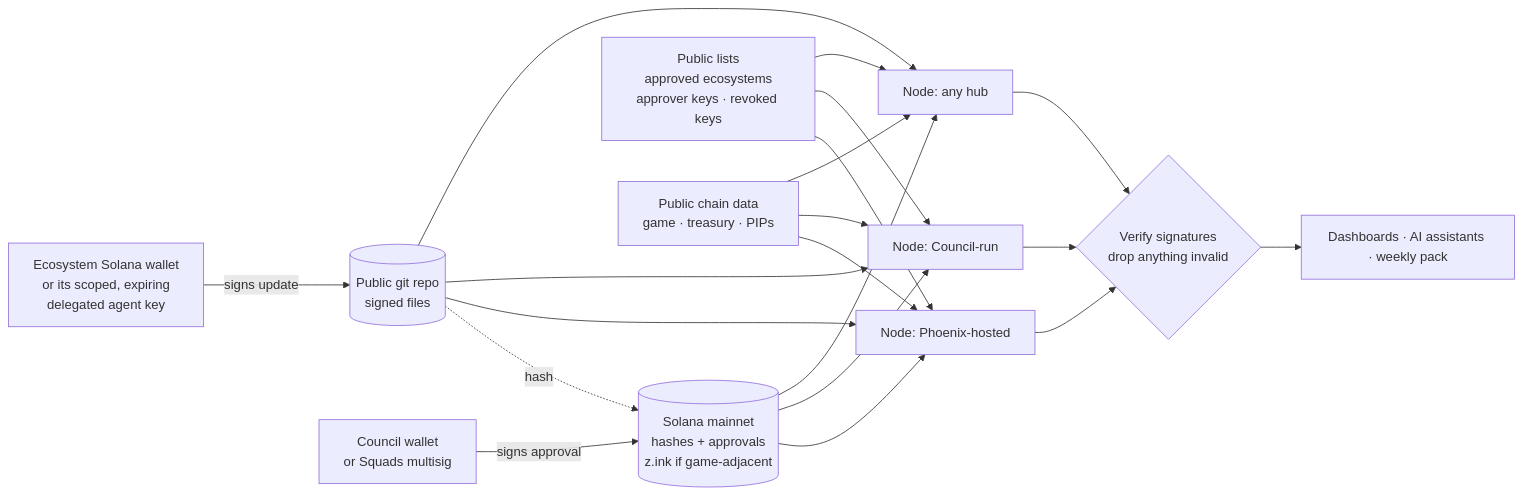
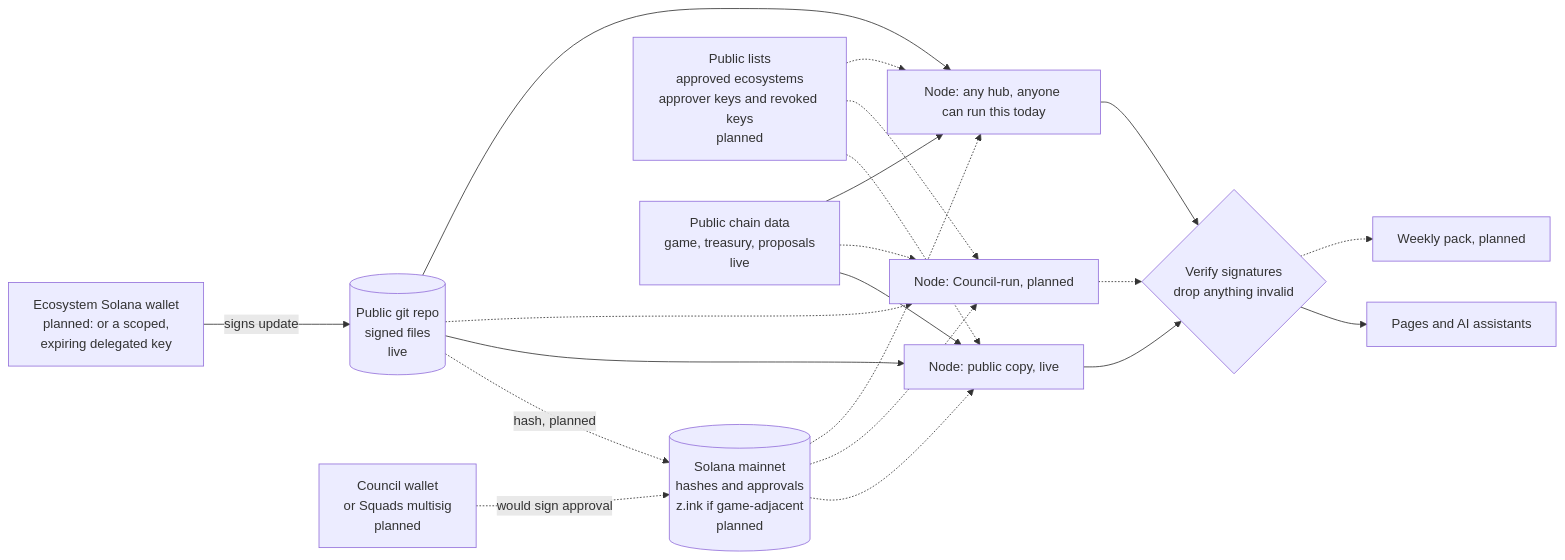
Before and after one commit to PhoenixClaw01/sa-ecosystem-node: the second of 2 diagrams in docs/decentralization.md, drawn with Mermaid. The commit also changed other lines of this file and 10 other files, not shown here.

````diff
--- a/docs/decentralization.md
+++ b/docs/decentralization.md
@@ -32,18 +69,23 @@
 ```mermaid
 flowchart LR
-  E[Ecosystem Solana wallet<br/>or its scoped, expiring<br/>delegated agent key] -->|signs update| S[(Public git repo<br/>signed files)]
-  C[Council wallet<br/>or Squads multisig] -->|signs approval| A[(Solana mainnet<br/>hashes + approvals<br/>z.ink if game-adjacent)]
-  S -. hash .-> A
-  A --> N1
-  A --> N2
-  A --> N3
-  L[Public lists<br/>approved ecosystems<br/>approver keys · revoked keys] --> N1
-  L --> N2
-  L --> N3
-  S --> N1[Node: Phoenix-hosted]
-  S --> N2[Node: Council-run]
-  S --> N3[Node: any hub]
-  CH[Public chain data<br/>game · treasury · PIPs] --> N1 & N2 & N3
-  N1 & N2 & N3 --> V{Verify signatures<br/>drop anything invalid}
-  V --> D[Dashboards · AI assistants · weekly pack]
+  E[Ecosystem Solana wallet<br/>planned: or a scoped,<br/>expiring delegated key] -->|signs update| S[(Public git repo<br/>signed files<br/>live)]
+  C[Council wallet<br/>or Squads multisig<br/>planned] -.->|would sign approval| A[(Solana mainnet<br/>hashes and approvals<br/>z.ink if game-adjacent<br/>planned)]
+  S -.->|hash, planned| A
+  A -.-> N1
+  A -.-> N2
+  A -.-> N3
+  L[Public lists<br/>approved ecosystems<br/>approver keys and revoked keys<br/>planned] -.-> N1
+  L -.-> N2
+  L -.-> N3
+  S --> N1["Node: public copy, live"]
+  S -.-> N2["Node: Council-run, planned"]
+  S --> N3["Node: any hub, anyone can run this today"]
+  CH[Public chain data<br/>game, treasury, proposals<br/>live] --> N1
+  CH -.-> N2
+  CH --> N3
+  N1 --> V{Verify signatures<br/>drop anything invalid}
+  N2 -.-> V
+  N3 --> V
+  V --> D[Pages and AI assistants]
+  V -.-> W["Weekly pack, planned"]
 ```
````
